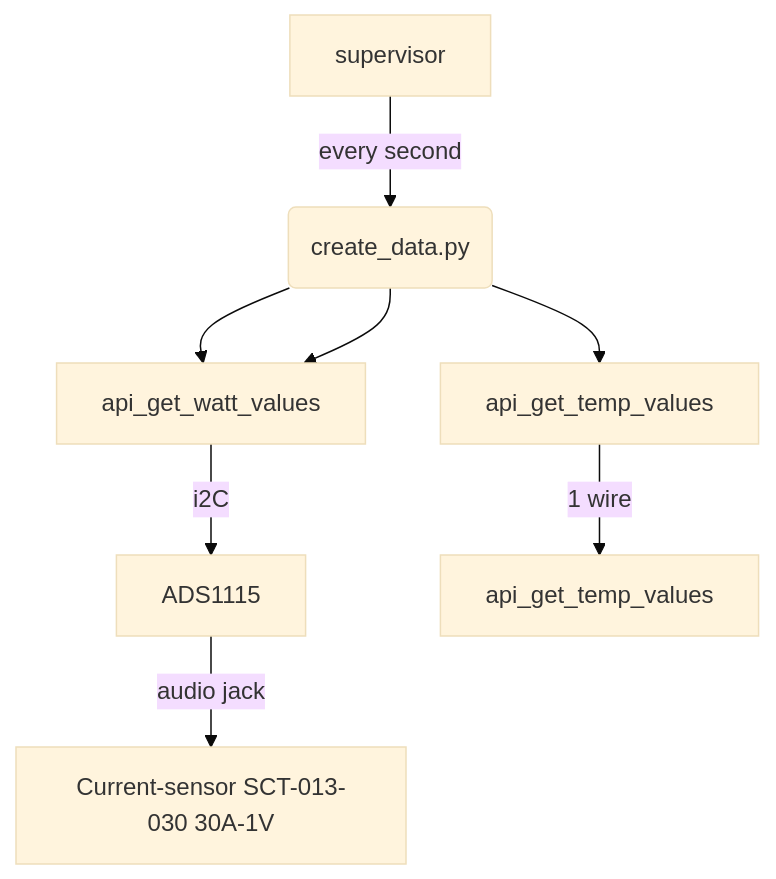
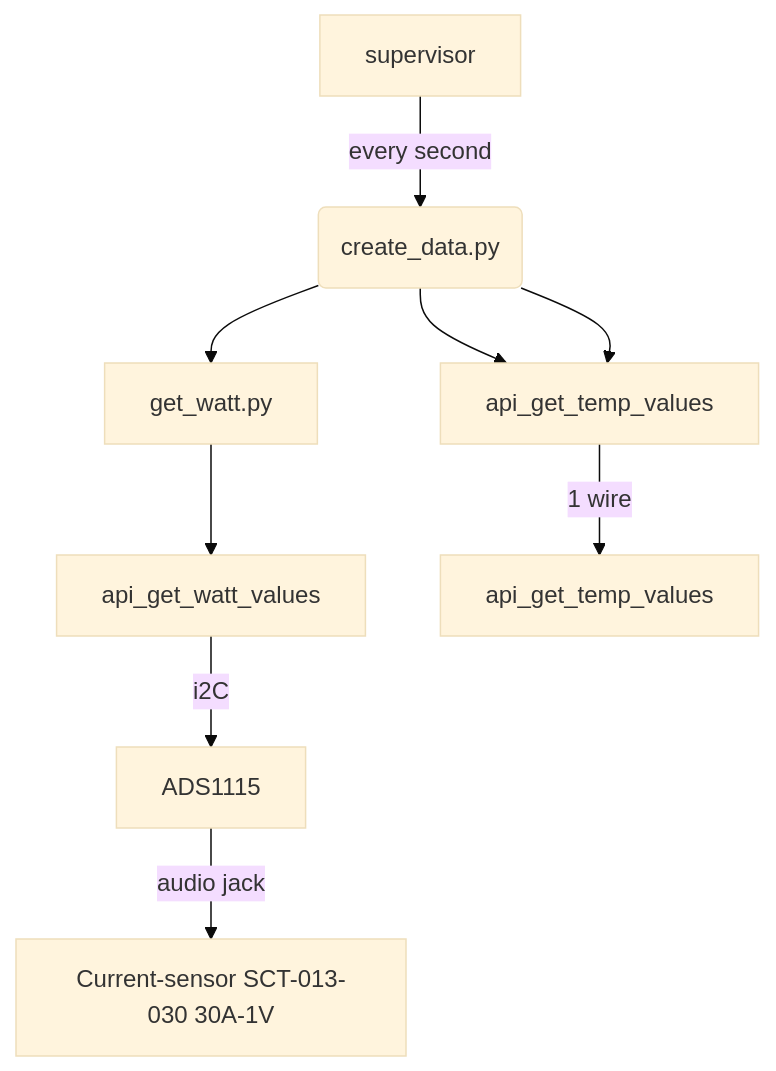
One commit to cheperboy/wiki changed the diagram in software.md. Above: the diagram before and after it, drawn with Mermaid (base theme). The commit also changed other lines of this file, not shown here.

Commit message:
software.md updated from https://stackedit.io/

````diff
--- a/software.md
+++ b/software.md
@@ -34,12 +34,13 @@
 ```mermaid
 graph TD
 A[supervisor] -->|every second| B(create_data.py)
-B --> C[api_get_watt_values]
-B --> C[api_get_watt_values]
-C --> |i2C| D[ADS1115]
-D --> |audio jack| E[Current-sensor SCT-013-030 30A-1V]
+B --> C[get_watt.py]
+C --> D[api_get_watt_values]
+D --> |i2C| E[ADS1115]
+E --> |audio jack| F[Current-sensor SCT-013-030 30A-1V]
+B --> G[get_temp]
 B --> G[api_get_temp_values]
 G --> |1 wire| H[api_get_temp_values]
 
 
 ```
````
